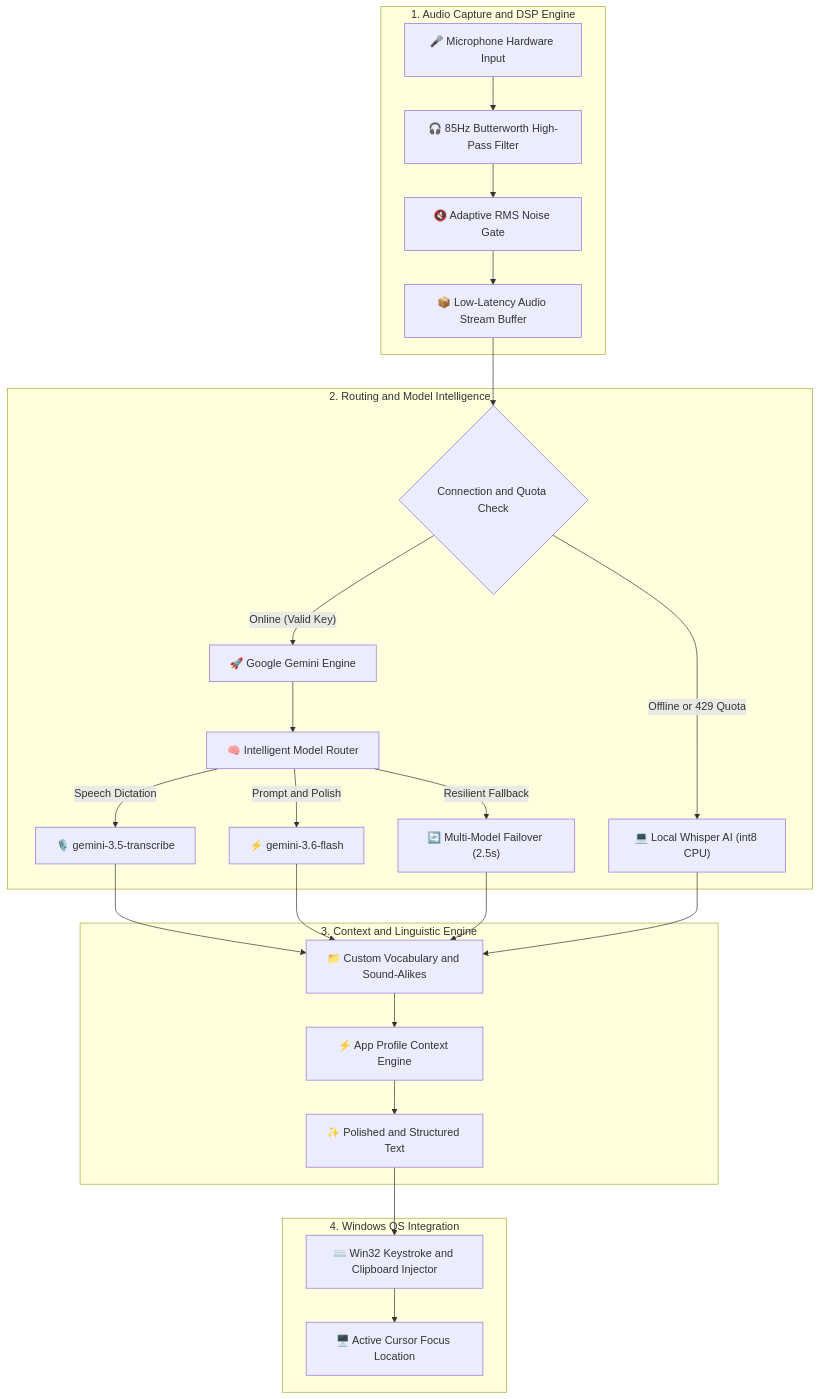
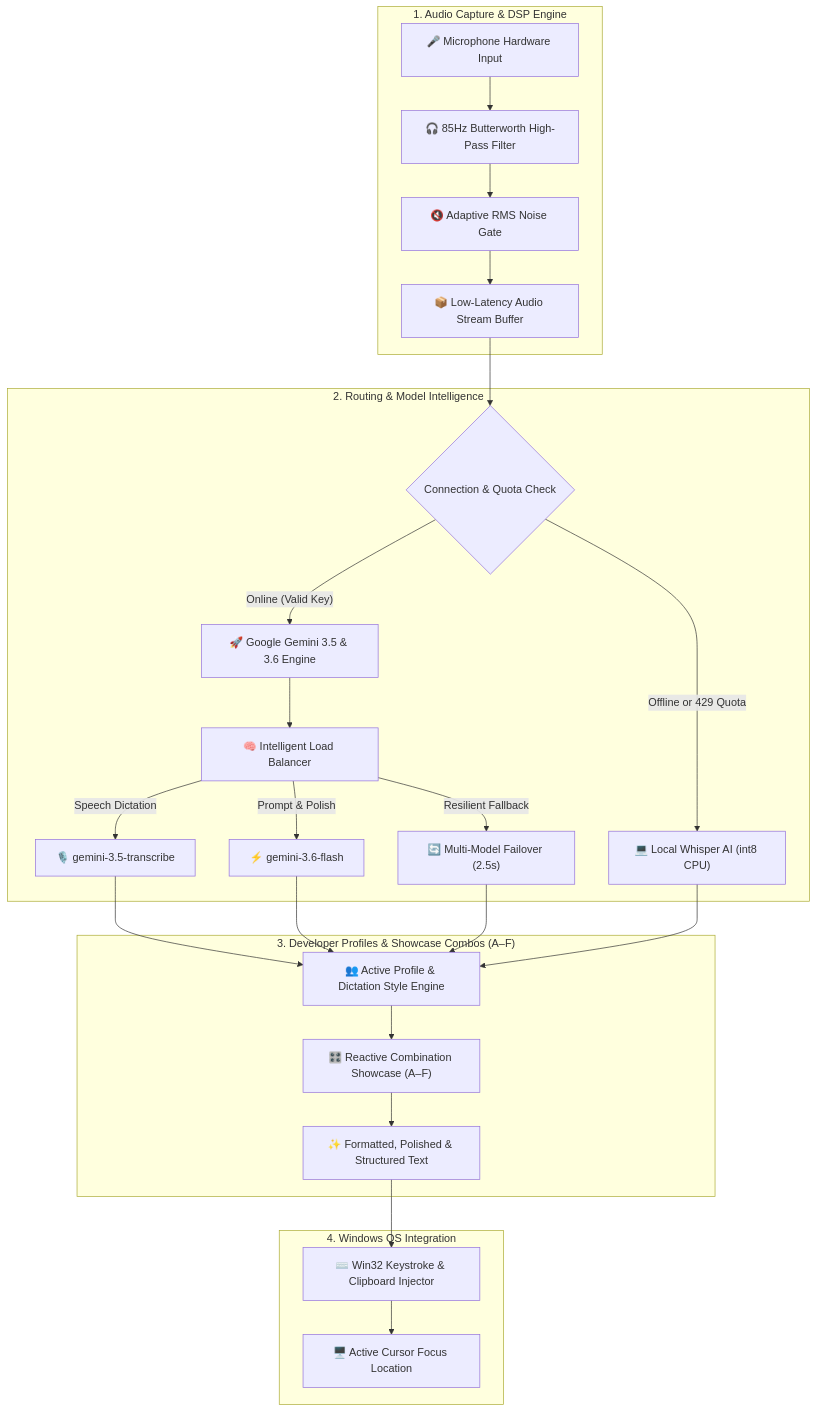
Before and after one commit to SriniwasAwasthi/gemini-flow: the diagram in README.md, drawn with Mermaid. The commit also changed other lines of this file and 6 other files, not shown here.

Commit message:
feat: streamline settings control center, remove router & cost predictor, add reactive combination showcase (A-F), and update README documentation

````diff
--- a/README.md
+++ b/README.md
@@ -182,33 +192,33 @@
 ```mermaid
 flowchart TD
-    subgraph Audio ["1. Audio Capture and DSP Engine"]
+    subgraph Audio ["1. Audio Capture & DSP Engine"]
         A["🎤 Microphone Hardware Input"] --> B["🎧 85Hz Butterworth High-Pass Filter"]
         B --> C["🔇 Adaptive RMS Noise Gate"]
         C --> D["📦 Low-Latency Audio Stream Buffer"]
     end
 
-    subgraph Routing ["2. Routing and Model Intelligence"]
-        D --> E{"Connection and Quota Check"}
-        E -->|"Online (Valid Key)"| F["🚀 Google Gemini Engine"]
+    subgraph Routing ["2. Routing & Model Intelligence"]
+        D --> E{"Connection & Quota Check"}
+        E -->|"Online (Valid Key)"| F["🚀 Google Gemini 3.5 & 3.6 Engine"]
         E -->|"Offline or 429 Quota"| G["💻 Local Whisper AI (int8 CPU)"]
         
-        F --> H["🧠 Intelligent Model Router"]
+        F --> H["🧠 Intelligent Load Balancer"]
         H -->|"Speech Dictation"| I["🎙️ gemini-3.5-transcribe"]
-        H -->|"Prompt and Polish"| J["⚡ gemini-3.6-flash"]
+        H -->|"Prompt & Polish"| J["⚡ gemini-3.6-flash"]
         H -->|"Resilient Fallback"| K["🔄 Multi-Model Failover (2.5s)"]
     end
 
-    subgraph Processing ["3. Context and Linguistic Engine"]
-        I --> L["📁 Custom Vocabulary and Sound-Alikes"]
+    subgraph Showcase ["3. Developer Profiles & Showcase Combos (A–F)"]
+        I --> L["👥 Active Profile & Dictation Style Engine"]
         J --> L
         K --> L
         G --> L
-        L --> M["⚡ App Profile Context Engine"]
-        M --> N["✨ Polished and Structured Text"]
+        L --> M["🎛️ Reactive Combination Showcase (A–F)"]
+        M --> N["✨ Formatted, Polished & Structured Text"]
     end
 
     subgraph Injection ["4. Windows OS Integration"]
-        N --> O["⌨️ Win32 Keystroke and Clipboard Injector"]
+        N --> O["⌨️ Win32 Keystroke & Clipboard Injector"]
         O --> P["🖥️ Active Cursor Focus Location"]
     end
 ```
````
